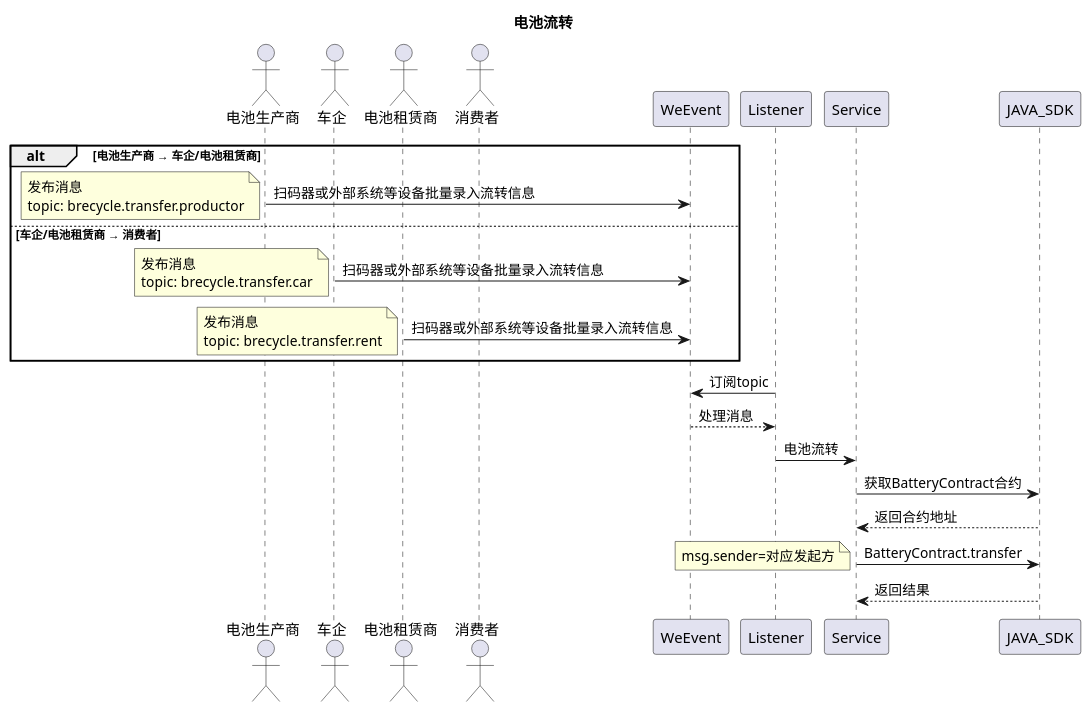
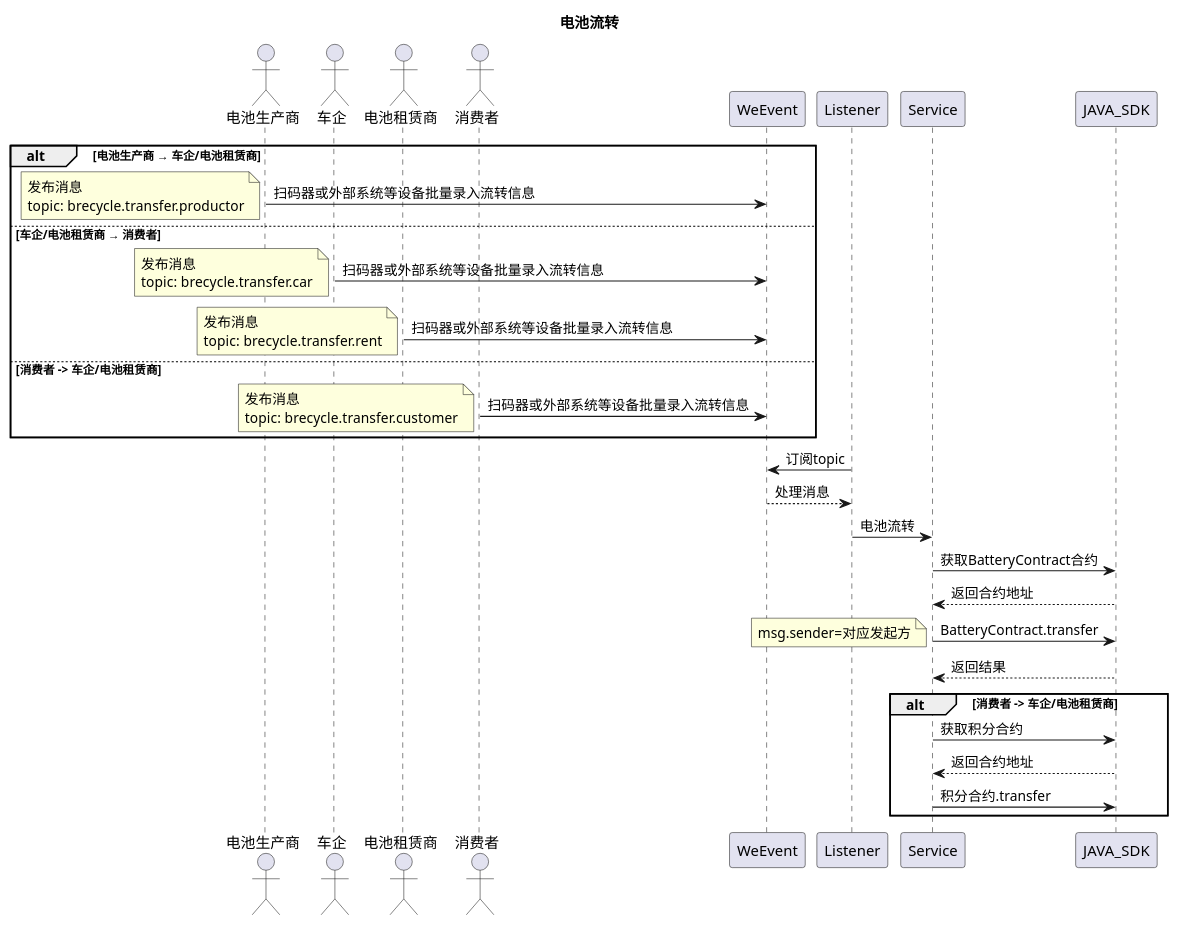
One commit to cmgun/B-Recycle changed the diagram in docs/时序图/电池流转.puml. Above: the diagram before and after it, drawn with PlantUML. The commit also changed 31 other files, not shown here.

```diff
--- a/docs/时序图/电池流转.puml
+++ b/docs/时序图/电池流转.puml
@@ -1,43 +1,55 @@
 @startuml
 'https://plantuml.com/sequence-diagram
 
 title 电池流转
 
 'actor 原料商
 actor 电池生产商
 actor 车企
 actor 电池租赁商
 actor 消费者
 
 alt 电池生产商 → 车企/电池租赁商
     电池生产商 -> WeEvent : 扫码器或外部系统等设备批量录入流转信息
     note left
         发布消息
         topic: brecycle.transfer.productor
     end note
 else 车企/电池租赁商 → 消费者
     车企 -> WeEvent : 扫码器或外部系统等设备批量录入流转信息
     note left
         发布消息
         topic: brecycle.transfer.car
     end note
     电池租赁商 -> WeEvent : 扫码器或外部系统等设备批量录入流转信息
     note left
         发布消息
         topic: brecycle.transfer.rent
     end note
+else 消费者 -> 车企/电池租赁商
+    消费者 -> WeEvent : 扫码器或外部系统等设备批量录入流转信息
+    note left
+        发布消息
+        topic: brecycle.transfer.customer
+    end note
 end alt
 
 
 Listener -> WeEvent : 订阅topic
 Listener <-- WeEvent : 处理消息
 Listener -> Service : 电池流转
 Service -> JAVA_SDK : 获取BatteryContract合约
 Service <-- JAVA_SDK : 返回合约地址
 Service -> JAVA_SDK : BatteryContract.transfer
 note left
     msg.sender=对应发起方
 end note
 Service <-- JAVA_SDK : 返回结果
 
+alt 消费者 -> 车企/电池租赁商
+    Service -> JAVA_SDK : 获取积分合约
+    Service <-- JAVA_SDK : 返回合约地址
+    Service -> JAVA_SDK : 积分合约.transfer
+end alt
+
 @enduml
```
